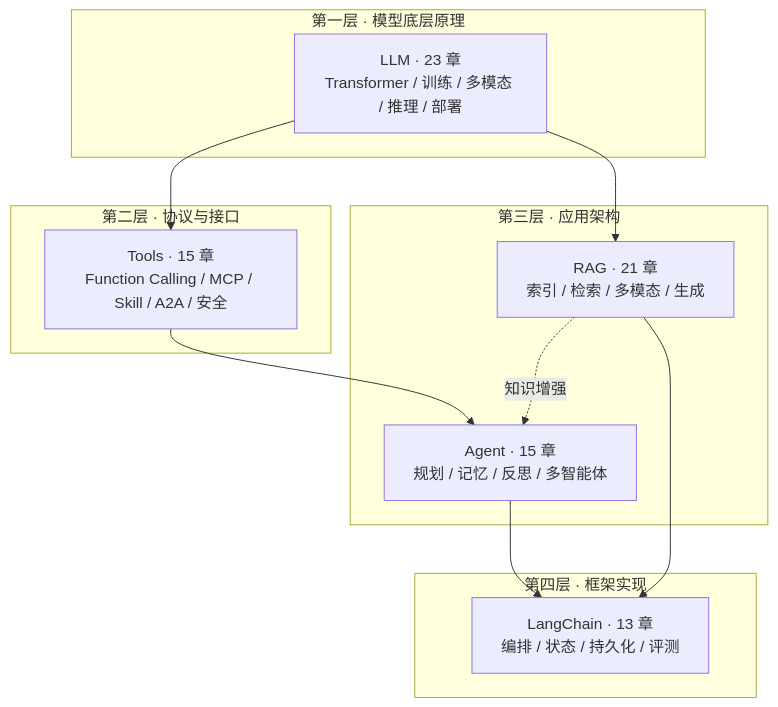
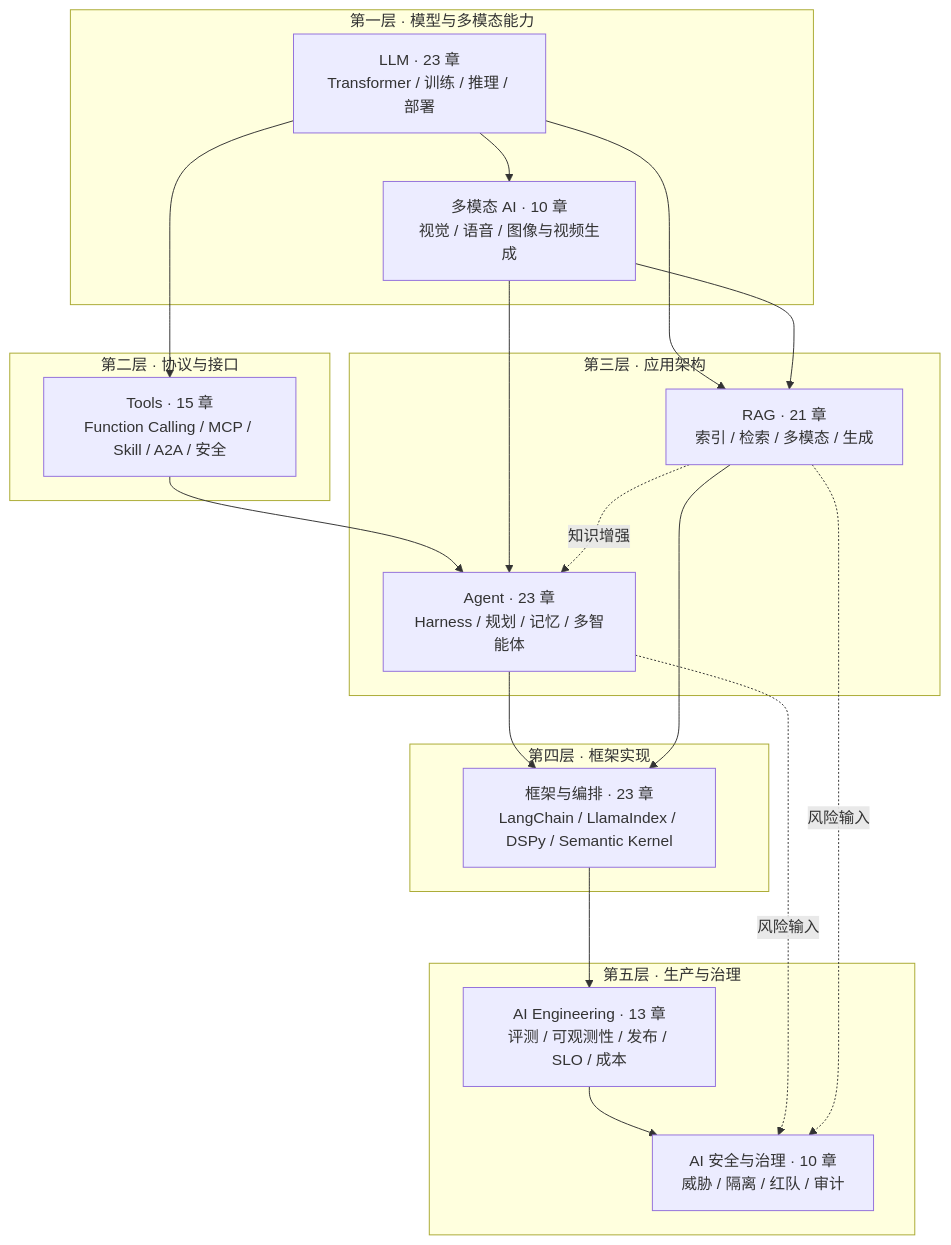
The diagram in README.md (oneleaveknowsthefall/awesome-ai-roadmap), drawn with Mermaid before and after one commit. The commit also changed other lines of this file and 104 other files, not shown here.

First line of the commit message:
docs: expand the AI roadmap to production and governance

````diff
--- a/README.md
+++ b/README.md
@@ -13,26 +13,39 @@
 ```mermaid
 flowchart TB
-    subgraph L1["第一层 · 模型底层原理"]
-        LLM["LLM · 23 章<br/>Transformer / 训练 / 多模态 / 推理 / 部署"]
+    subgraph L1["第一层 · 模型与多模态能力"]
+        LLM["LLM · 23 章<br/>Transformer / 训练 / 推理 / 部署"]
+        MM["多模态 AI · 10 章<br/>视觉 / 语音 / 图像与视频生成"]
     end
 
     subgraph L2["第二层 · 协议与接口"]
         TOOLS["Tools · 15 章<br/>Function Calling / MCP / Skill / A2A / 安全"]
     end
 
     subgraph L3["第三层 · 应用架构"]
-        AGENT["Agent · 15 章<br/>规划 / 记忆 / 反思 / 多智能体"]
+        AGENT["Agent · 23 章<br/>Harness / 规划 / 记忆 / 多智能体"]
         RAG["RAG · 21 章<br/>索引 / 检索 / 多模态 / 生成"]
     end
 
     subgraph L4["第四层 · 框架实现"]
-        LC["LangChain · 13 章<br/>编排 / 状态 / 持久化 / 评测"]
+        FW["框架与编排 · 23 章<br/>LangChain / LlamaIndex / DSPy / Semantic Kernel"]
     end
 
+    subgraph L5["第五层 · 生产与治理"]
+        ENG["AI Engineering · 13 章<br/>评测 / 可观测性 / 发布 / SLO / 成本"]
+        SAFE["AI 安全与治理 · 10 章<br/>威胁 / 隔离 / 红队 / 审计"]
+    end
+
+    LLM --> MM
     LLM --> TOOLS
     TOOLS --> AGENT
     LLM --> RAG
-    AGENT --> LC
-    RAG --> LC
+    MM --> AGENT
+    MM --> RAG
+    AGENT --> FW
+    RAG --> FW
+    FW --> ENG
+    ENG --> SAFE
+    AGENT -.风险输入.-> SAFE
+    RAG -.风险输入.-> SAFE
     RAG -.知识增强.-> AGENT
 ```
````
